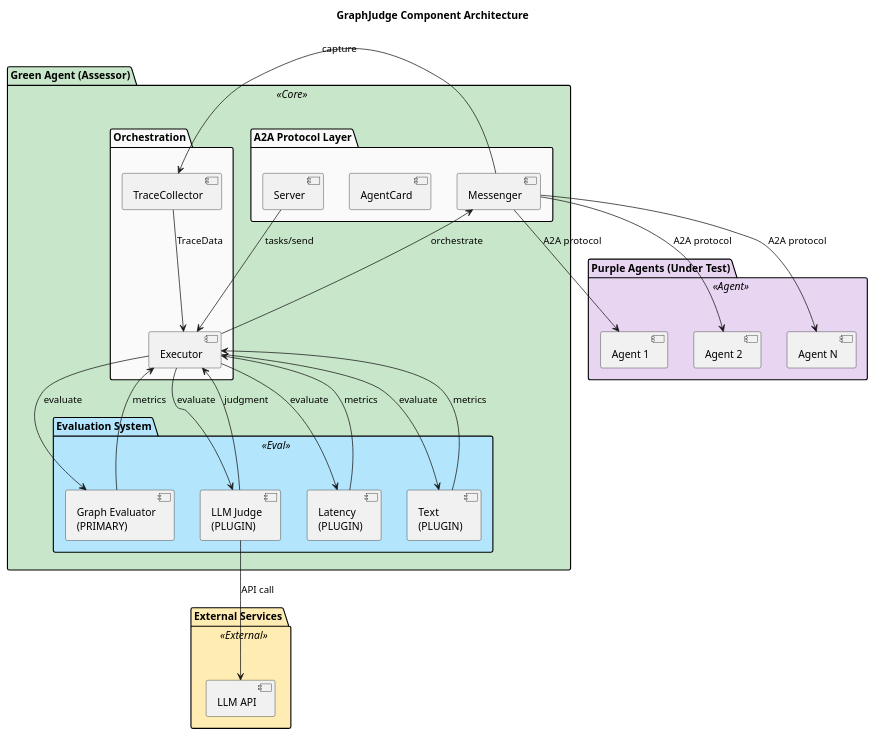
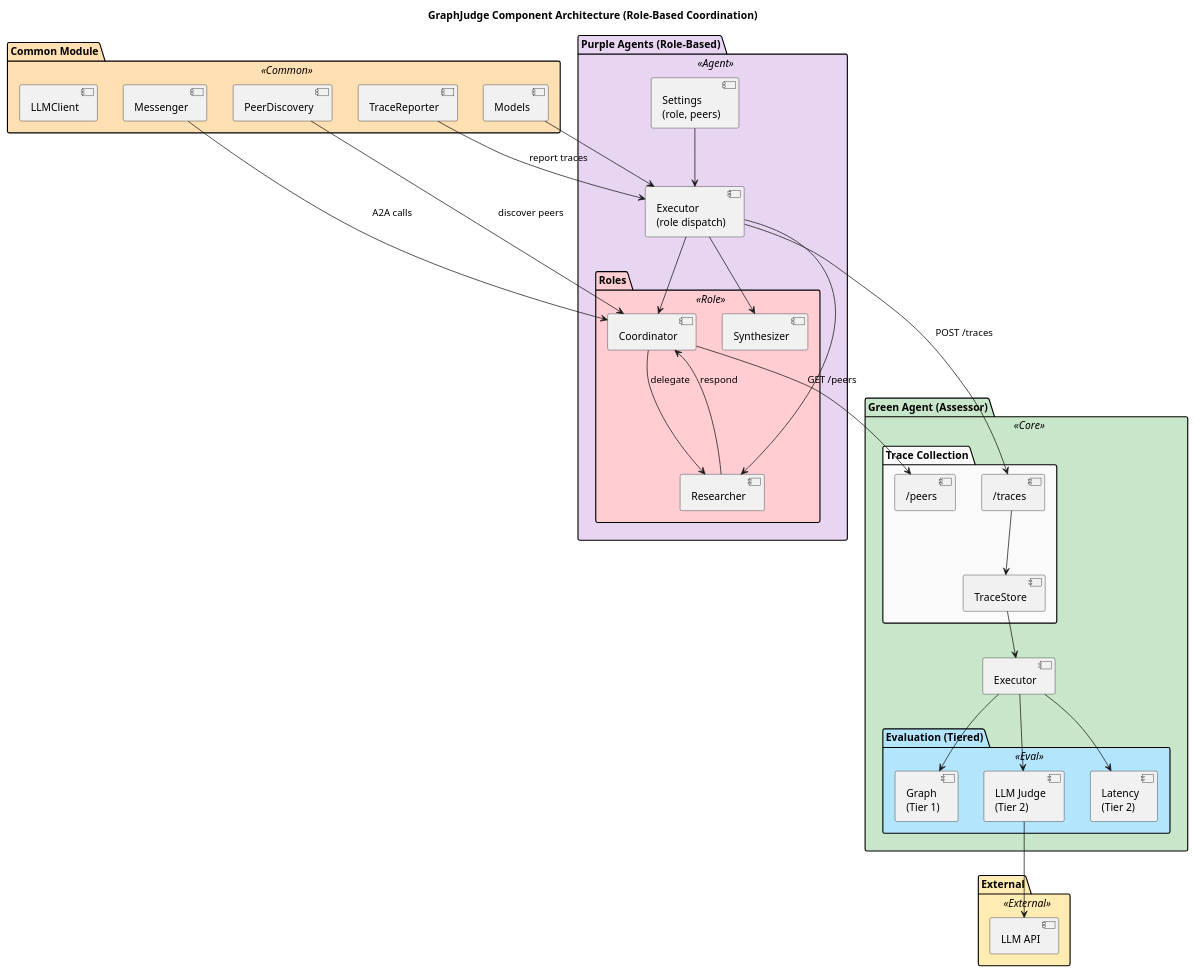
Before and after one commit to qte77/RDI-AgentBeats-MAS-GraphJudge: the diagram in docs/arch_vis/ComponentDiagram.puml, drawn with PlantUML. The commit also changed 5 other files, not shown here.

First line of the commit message:
docs(arch,ralph): update diagrams for Feature 8 and enhance PRD script safety

```diff
--- a/docs/arch_vis/ComponentDiagram.puml
+++ b/docs/arch_vis/ComponentDiagram.puml
@@ -1,72 +1,87 @@
 @startuml ComponentDiagram
-title GraphJudge Component Architecture
+title GraphJudge Component Architecture (Role-Based Coordination)
 
 skinparam component {
     BackgroundColor<<Agent>> #E8D5F2
     BackgroundColor<<Core>> #C8E6C9
     BackgroundColor<<Eval>> #B3E5FC
     BackgroundColor<<External>> #FFECB3
+    BackgroundColor<<Common>> #FFE0B2
+    BackgroundColor<<Role>> #FFCDD2
 }
 
 skinparam package {
     BackgroundColor #FAFAFA
 }
 
-package "Purple Agents (Under Test)" <<Agent>> #E8D5F2 {
-    component [Agent 1] as P1
-    component [Agent 2] as P2
-    component [Agent N] as PN
+package "Common Module" <<Common>> #FFE0B2 {
+    component [Models] as Models
+    component [Messenger] as CommonMessenger
+    component [TraceReporter] as TraceReporter
+    component [PeerDiscovery] as PeerDiscovery
+    component [LLMClient] as LLMFactory
+}
+
+package "Purple Agents (Role-Based)" <<Agent>> #E8D5F2 {
+
+    package "Roles" <<Role>> #FFCDD2 {
+        component [Coordinator] as CoordRole
+        component [Researcher] as ResearchRole
+        component [Synthesizer] as SynthRole
+    }
+
+    component [Executor\n(role dispatch)] as PurpleExec
+    component [Settings\n(role, peers)] as PurpleSettings
+
+    PurpleExec --> CoordRole
+    PurpleExec --> ResearchRole
+    PurpleExec --> SynthRole
+    PurpleSettings --> PurpleExec
 }
 
 package "Green Agent (Assessor)" <<Core>> #C8E6C9 {
 
-    package "A2A Protocol Layer" {
-        component [Server] as Server
-        component [AgentCard] as Card
-        component [Messenger] as Messenger
+    package "Trace Collection" {
+        component [TraceStore] as TraceStore
+        component [/traces] as TracesEndpoint
+        component [/peers] as PeersEndpoint
     }
 
-    package "Orchestration" {
-        component [Executor] as Executor
-        component [TraceCollector] as Trace
+    package "Evaluation (Tiered)" <<Eval>> #B3E5FC {
+        component [Graph\n(Tier 1)] as GraphEval
+        component [LLM Judge\n(Tier 2)] as LLMEval
+        component [Latency\n(Tier 2)] as LatencyEval
     }
 
-    package "Evaluation System" <<Eval>> #B3E5FC {
-        component [Graph Evaluator\n(PRIMARY)] as GraphEval
-        component [LLM Judge\n(PLUGIN)] as LLMEval
-        component [Latency\n(PLUGIN)] as LatencyEval
-        component [Text\n(PLUGIN)] as TextEval
-    }
+    component [Executor] as GreenExec
 }
 
-package "External Services" <<External>> #FFECB3 {
+package "External" <<External>> #FFECB3 {
     component [LLM API] as LLMApi
 }
 
-' Request flow
-Server --> Executor : tasks/send
-Executor --> Messenger : orchestrate
+' Common usage
+Models --> PurpleExec
+CommonMessenger --> CoordRole : A2A calls
+TraceReporter --> PurpleExec : report traces
+PeerDiscovery --> CoordRole : discover peers
 
-' Purple Agent communication
-Messenger --> P1 : A2A protocol
-Messenger --> P2 : A2A protocol
-Messenger --> PN : A2A protocol
+' Role interactions (hub-spoke)
+CoordRole --> ResearchRole : delegate
+ResearchRole --> CoordRole : respond
 
-' Trace collection
-Messenger --> Trace : capture
-Trace --> Executor : TraceData
+' Trace flow
+PurpleExec --> TracesEndpoint : POST /traces
+TracesEndpoint --> TraceStore
+
+' Peer discovery
+CoordRole --> PeersEndpoint : GET /peers
 
 ' Evaluation
-Executor --> GraphEval : evaluate
-Executor --> LLMEval : evaluate
-Executor --> LatencyEval : evaluate
-Executor --> TextEval : evaluate
-LLMEval --> LLMApi : API call
-
-' Results
-GraphEval --> Executor : metrics
-LLMEval --> Executor : judgment
-LatencyEval --> Executor : metrics
-TextEval --> Executor : metrics
+TraceStore --> GreenExec
+GreenExec --> GraphEval
+GreenExec --> LLMEval
+GreenExec --> LatencyEval
+LLMEval --> LLMApi
 
 @enduml
```
